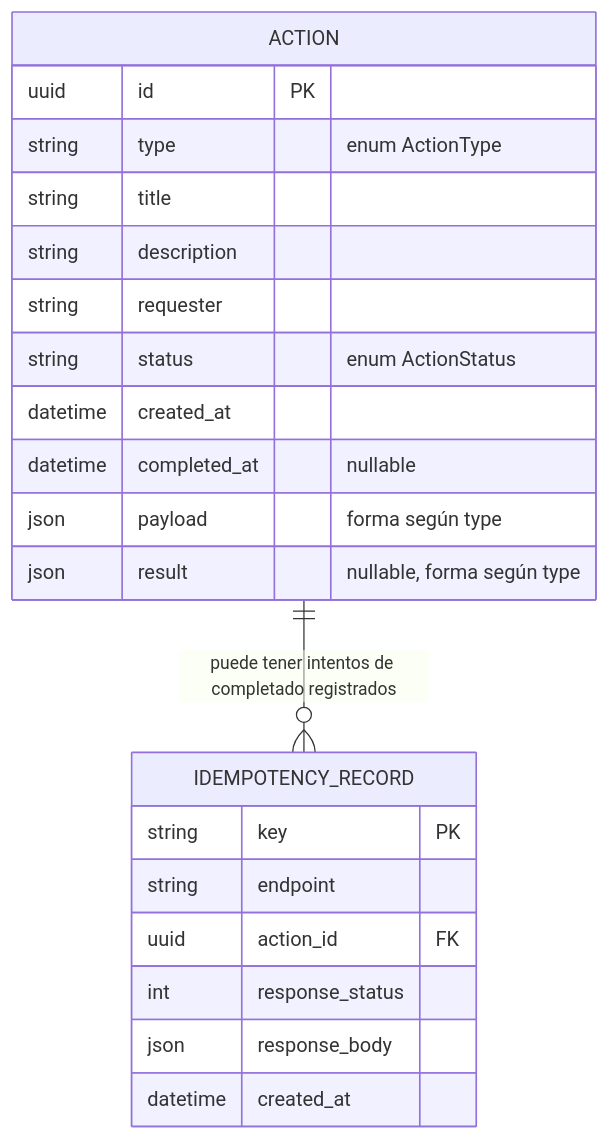
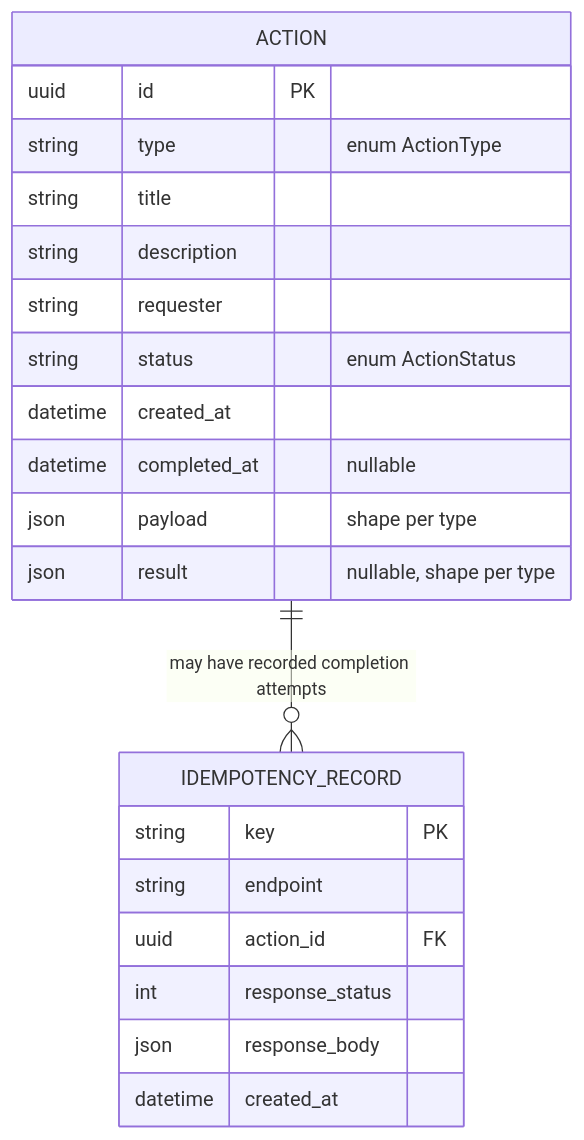
The diagram in specs/domain.md (nitzer/santex-test), drawn with Mermaid before and after one commit. The commit also changed other lines of this file and 40 other files, not shown here.

First line of the commit message:
English UI and docs; task creation from JSON Schema; request IDs

````diff
--- a/specs/domain.md
+++ b/specs/domain.md
@@ -20,24 +20,24 @@
 ```mermaid
 erDiagram
     ACTION {
         uuid id PK
         string type "enum ActionType"
         string title
         string description
         string requester
         string status "enum ActionStatus"
         datetime created_at
         datetime completed_at "nullable"
-        json payload "forma según type"
-        json result "nullable, forma según type"
+        json payload "shape per type"
+        json result "nullable, shape per type"
     }
     IDEMPOTENCY_RECORD {
         string key PK
         string endpoint
         uuid action_id FK
         int response_status
         json response_body
         datetime created_at
     }
-    ACTION ||--o{ IDEMPOTENCY_RECORD : "puede tener intentos de completado registrados"
+    ACTION ||--o{ IDEMPOTENCY_RECORD : "may have recorded completion attempts"
 ```
````
